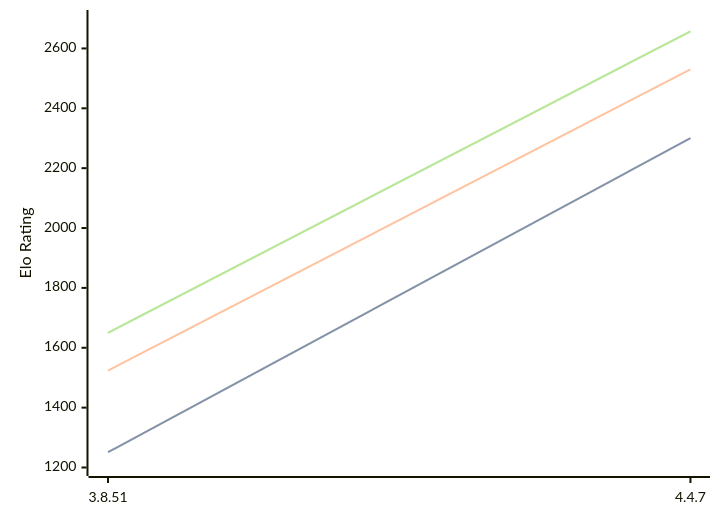
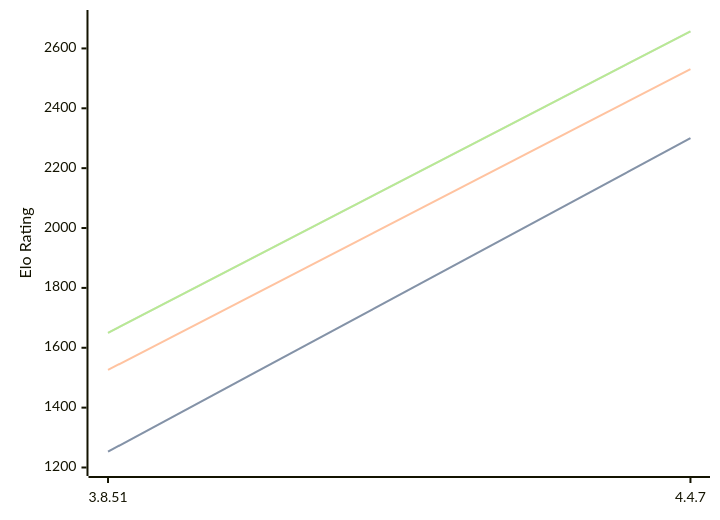
The diagram in engines/Scoria.md (computer-chess-index/cci), drawn with Mermaid before and after one commit. The commit also changed other lines of this file, not shown here.

````diff
--- a/engines/Scoria.md
+++ b/engines/Scoria.md
@@ -32,11 +32,11 @@
 ```mermaid
 %%{init: {"theme":"base","themeVariables":{"seriesColors:['#a3a3a3','#222221','#faa371']}}}%%
 xychart-beta
   x-axis ["3.8.51", "4.4.7"]
   y-axis "Elo Rating" 1200 --> 2700
-  line "" [1251, 2300]
-  line "STC (8.0+0.08s)" [1251, 2300]
-  line "LTC (60.0+0.60s)" [1524, 2530]
+  line "" [1253, 2300]
+  line "STC (8.0+0.08s)" [1253, 2300]
+  line "LTC (60.0+0.60s)" [1526, 2531]
   line "" [1650, 2657]
   line "VLTC (2m24s+1.12s)" [1650, 2657]
 ```
````
